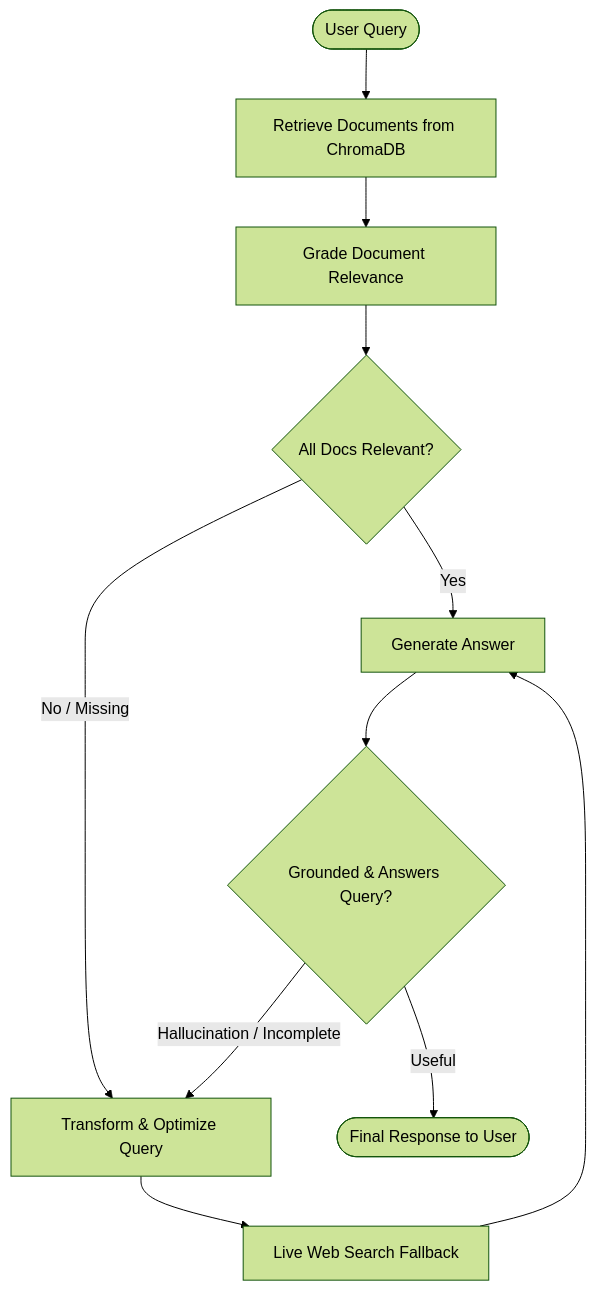
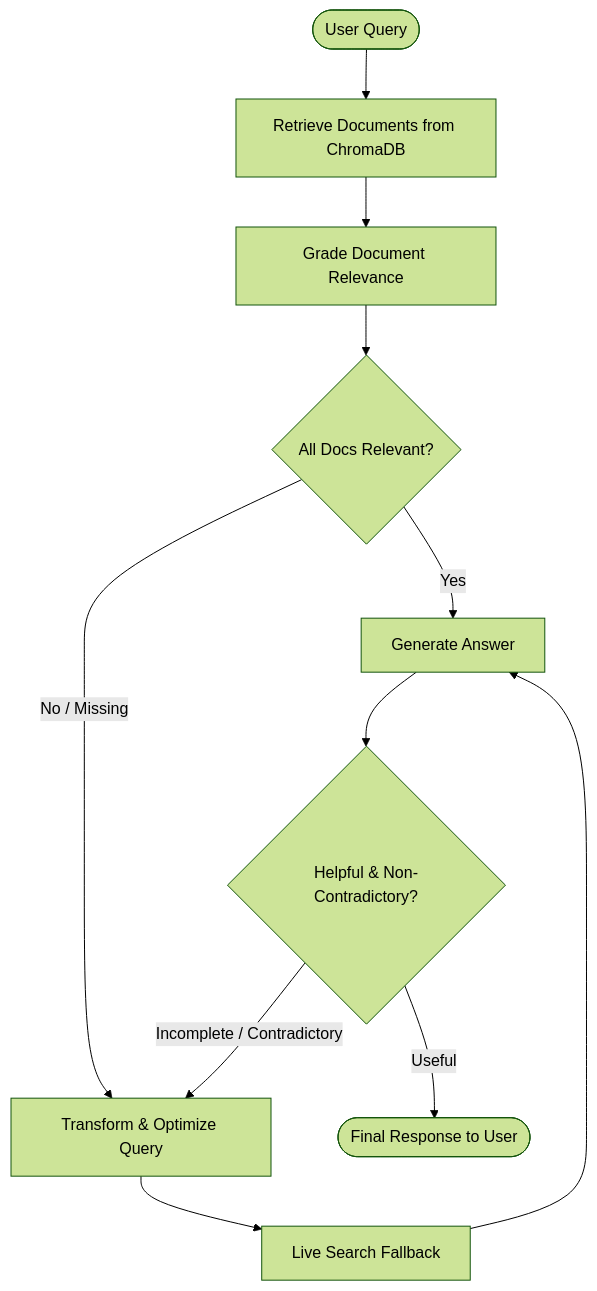
Before and after one commit to One-Hat/Agentic_Ai_Dump: the diagram in hf_langgraph_agent/README.md, drawn with Mermaid (forest theme). The commit also changed other lines of this file and 1 other file, not shown here.

````diff
--- a/hf_langgraph_agent/README.md
+++ b/hf_langgraph_agent/README.md
@@ -11,16 +11,16 @@
 ```mermaid
 graph TD
     Start([User Query]) --> Retrieve[Retrieve Documents from ChromaDB]
     Retrieve --> GradeDocs[Grade Document Relevance]
     GradeDocs --> Decider{All Docs Relevant?}
     
     Decider -- Yes --> Generate[Generate Answer]
     Decider -- No / Missing --> TransformQuery[Transform & Optimize Query]
     
-    TransformQuery --> WebSearch[Live Web Search Fallback]
+    TransformQuery --> WebSearch[Live Search Fallback]
     WebSearch --> Generate
     
-    Generate --> GradeGen{Grounded & Answers Query?}
+    Generate --> GradeGen{Helpful & Non-Contradictory?}
     GradeGen -- Useful --> End([Final Response to User])
-    GradeGen -- Hallucination / Incomplete --> TransformQuery
+    GradeGen -- Incomplete / Contradictory --> TransformQuery
 ```
````
